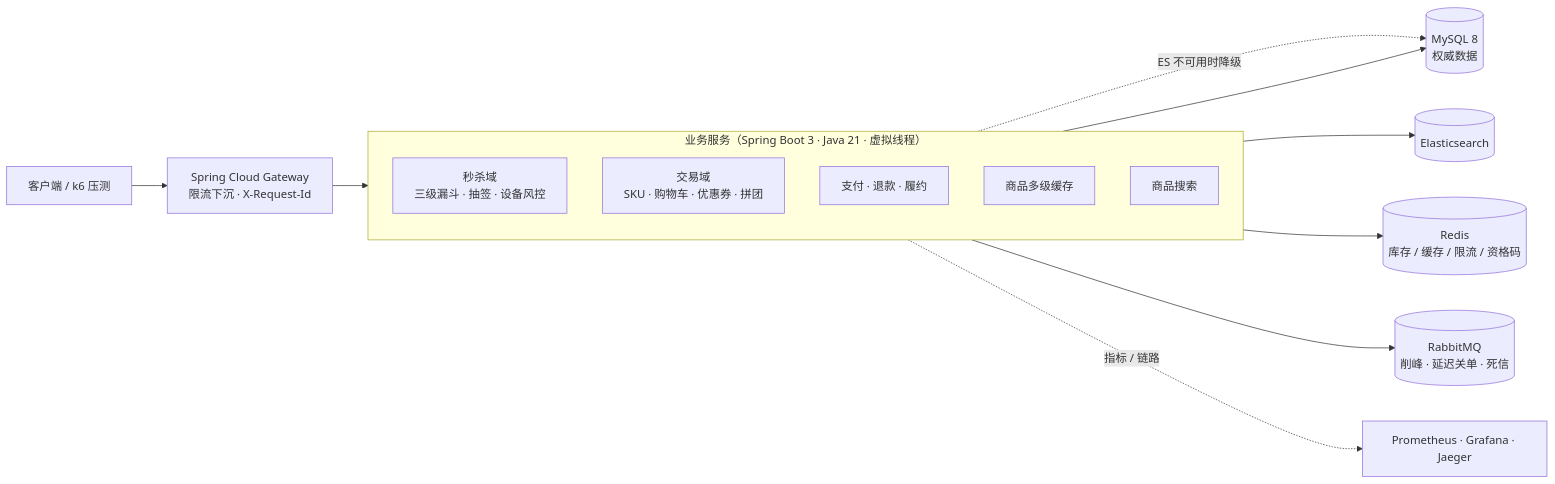
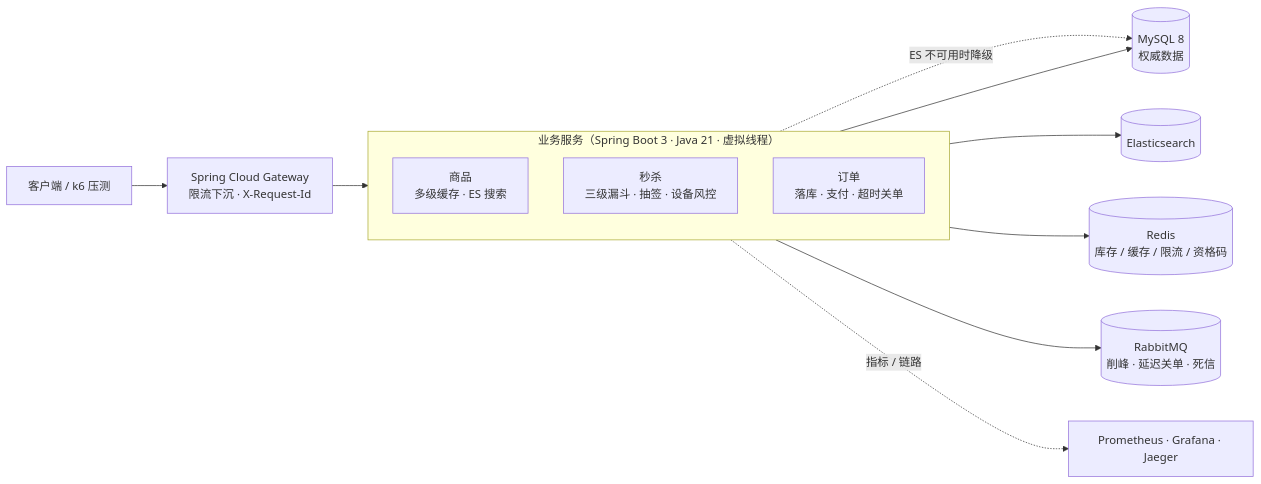
Before and after one commit to adfddda/high-concurrency-mall: the first of 2 diagrams in README.md, drawn with Mermaid. The commit also changed other lines of this file and 1 other file, not shown here.

````diff
--- a/README.md
+++ b/README.md
@@ -20,21 +20,19 @@
 ```mermaid
 flowchart LR
     C["客户端 / k6 压测"] --> GW["Spring Cloud Gateway<br/>限流下沉 · X-Request-Id"]
     GW --> APP
 
     subgraph APP["业务服务（Spring Boot 3 · Java 21 · 虚拟线程）"]
         direction TB
-        SK["秒杀域<br/>三级漏斗 · 抽签 · 设备风控"]
-        TR["交易域<br/>SKU · 购物车 · 优惠券 · 拼团"]
-        PY["支付 · 退款 · 履约"]
-        PC["商品多级缓存"]
-        SE["商品搜索"]
+        PC["商品<br/>多级缓存 · ES 搜索"]
+        SK["秒杀<br/>三级漏斗 · 抽签 · 设备风控"]
+        OD["订单<br/>落库 · 支付 · 超时关单"]
     end
 
     APP --> DB[("MySQL 8<br/>权威数据")]
     APP --> RD[("Redis<br/>库存 / 缓存 / 限流 / 资格码")]
     APP --> MQ[("RabbitMQ<br/>削峰 · 延迟关单 · 死信")]
-    SE -. "ES 不可用时降级" .-> DB
-    SE --> ES[("Elasticsearch")]
+    PC -. "ES 不可用时降级" .-> DB
+    PC --> ES[("Elasticsearch")]
     APP -. 指标 / 链路 .-> OBS["Prometheus · Grafana · Jaeger"]
 ```
````
